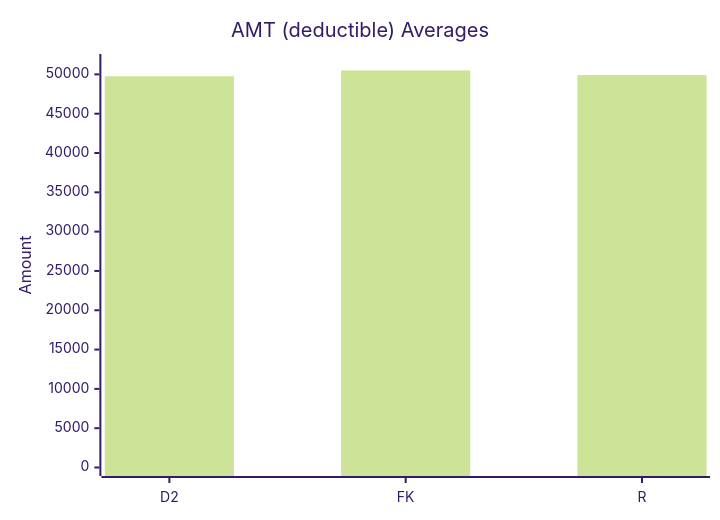
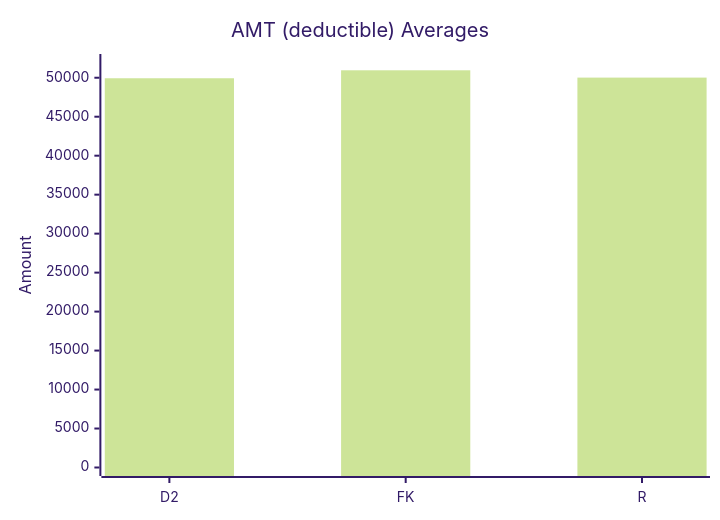
Before and after one commit to dhagan-va/intern-2025: the ninth of 10 diagrams in test-tools/DataGen/src/Statistics_Visualizer.md, drawn with Mermaid (forest theme). The commit also changed other lines of this file and 2 other files, not shown here.

````diff
--- a/test-tools/DataGen/src/Statistics_Visualizer.md
+++ b/test-tools/DataGen/src/Statistics_Visualizer.md
@@ -98,7 +98,7 @@
 ```mermaid
 xychart-beta
     title "AMT (deductible) Averages"
     x-axis ["D2", "FK", "R"]
-    y-axis "Amount" 0 --> 51510.81999200156
-    bar [49763.45612677463, 50510.81999200156, 49912.486166766575]
+    y-axis "Amount" 0 --> 51953.66911254338
+    bar [49932.18075855233, 50953.66911254338, 50016.22707486368]
 ```
````
